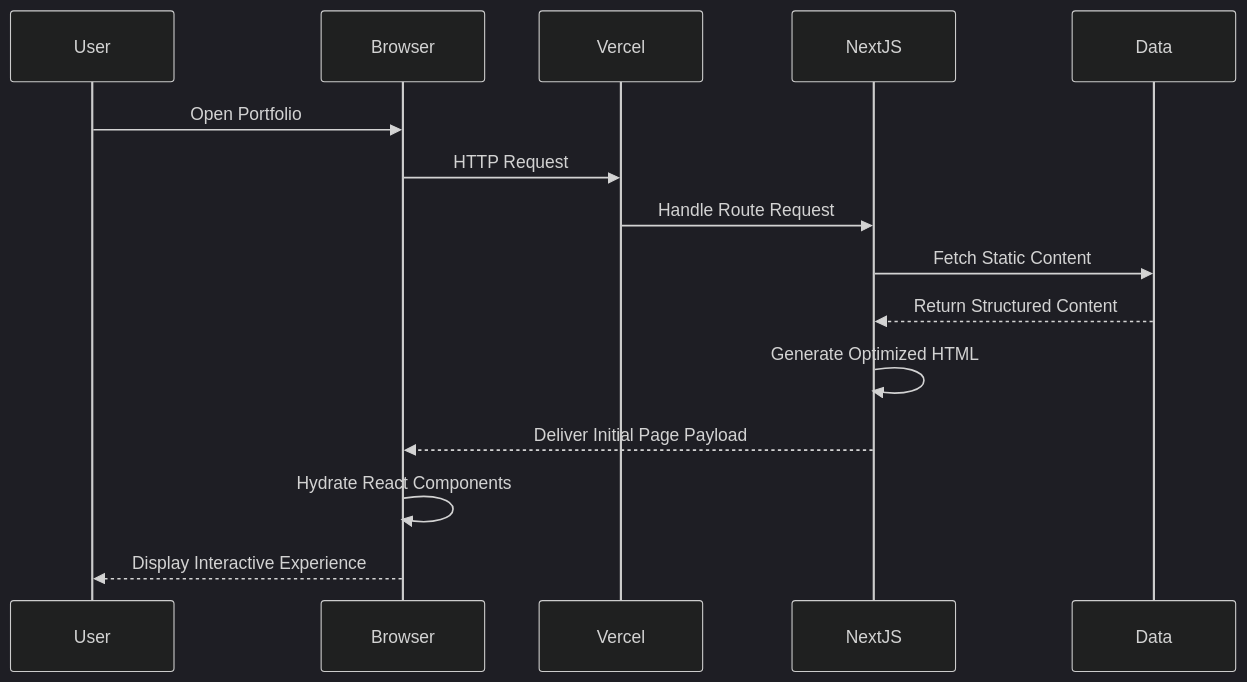
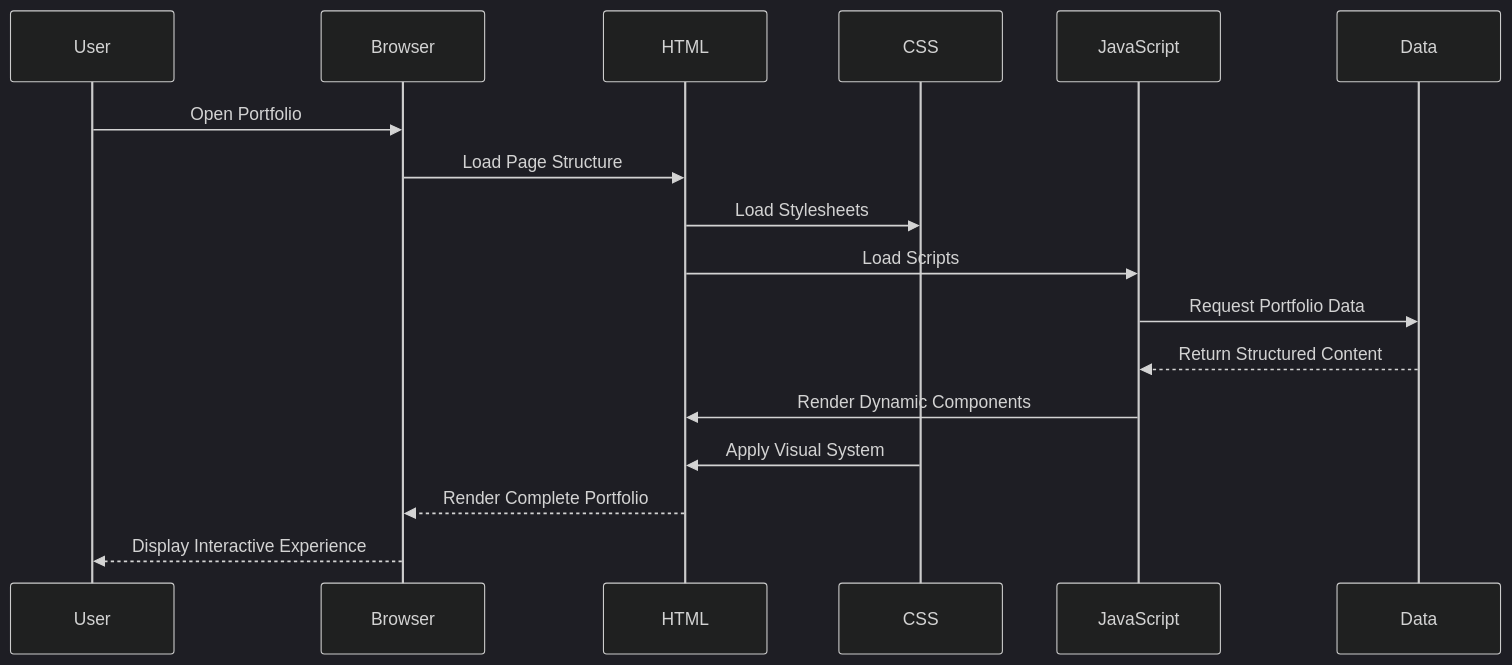
Before and after one commit to RishvinReddy/rishvin-reddy-portfolio: the third of 9 diagrams in README.md, drawn with Mermaid (dark theme). The commit also changed other lines of this file and 2 other files, not shown here.

````diff
--- a/README.md
+++ b/README.md
@@ -309,18 +366,29 @@
 ```mermaid
 sequenceDiagram
+
     participant User
     participant Browser
-    participant Vercel
-    participant NextJS
+    participant HTML
+    participant CSS
+    participant JavaScript
     participant Data
-    
+
     User->>Browser: Open Portfolio
-    Browser->>Vercel: HTTP Request
-    Vercel->>NextJS: Handle Route Request
-    NextJS->>Data: Fetch Static Content
-    Data-->>NextJS: Return Structured Content
-    NextJS->>NextJS: Generate Optimized HTML
-    NextJS-->>Browser: Deliver Initial Page Payload
-    Browser->>Browser: Hydrate React Components
+
+    Browser->>HTML: Load Page Structure
+
+    HTML->>CSS: Load Stylesheets
+    HTML->>JavaScript: Load Scripts
+
+    JavaScript->>Data: Request Portfolio Data
+
+    Data-->>JavaScript: Return Structured Content
+
+    JavaScript->>HTML: Render Dynamic Components
+
+    CSS->>HTML: Apply Visual System
+
+    HTML-->>Browser: Render Complete Portfolio
+
     Browser-->>User: Display Interactive Experience
 ```
````
